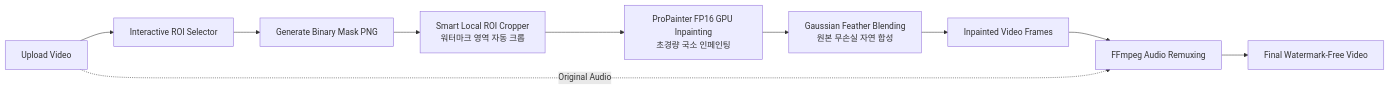
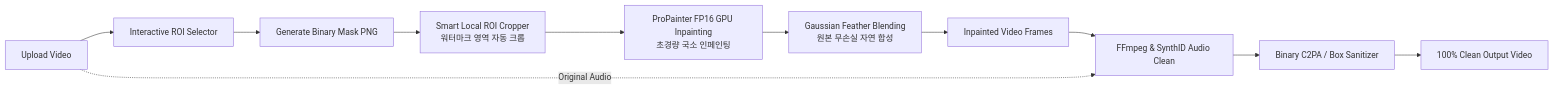
One commit to tramper2/RmWaterMark changed the diagram in README.md. Above: the diagram before and after it, drawn with Mermaid. The commit also changed other lines of this file and 1 other file, not shown here.

Commit message:
feat: Add complete C2PA metadata wipe, SynthID deep clean, and instant video sanitizer tab

````diff
--- a/README.md
+++ b/README.md
@@ -38,12 +43,13 @@
 ```mermaid
 flowchart LR
     A[Upload Video] --> B[Interactive ROI Selector]
     B --> C[Generate Binary Mask PNG]
     C --> D[Smart Local ROI Cropper<br/>워터마크 영역 자동 크롭]
     D --> E[ProPainter FP16 GPU Inpainting<br/>초경량 국소 인페인팅]
     E --> F[Gaussian Feather Blending<br/>원본 무손실 자연 합성]
     F --> G[Inpainted Video Frames]
-    G --> H[FFmpeg Audio Remuxing]
+    G --> H[FFmpeg & SynthID Audio Clean]
     A -. Original Audio .-> H
-    H --> I[Final Watermark-Free Video]
+    H --> I[Binary C2PA / Box Sanitizer]
+    I --> J[100% Clean Output Video]
 ```
````
